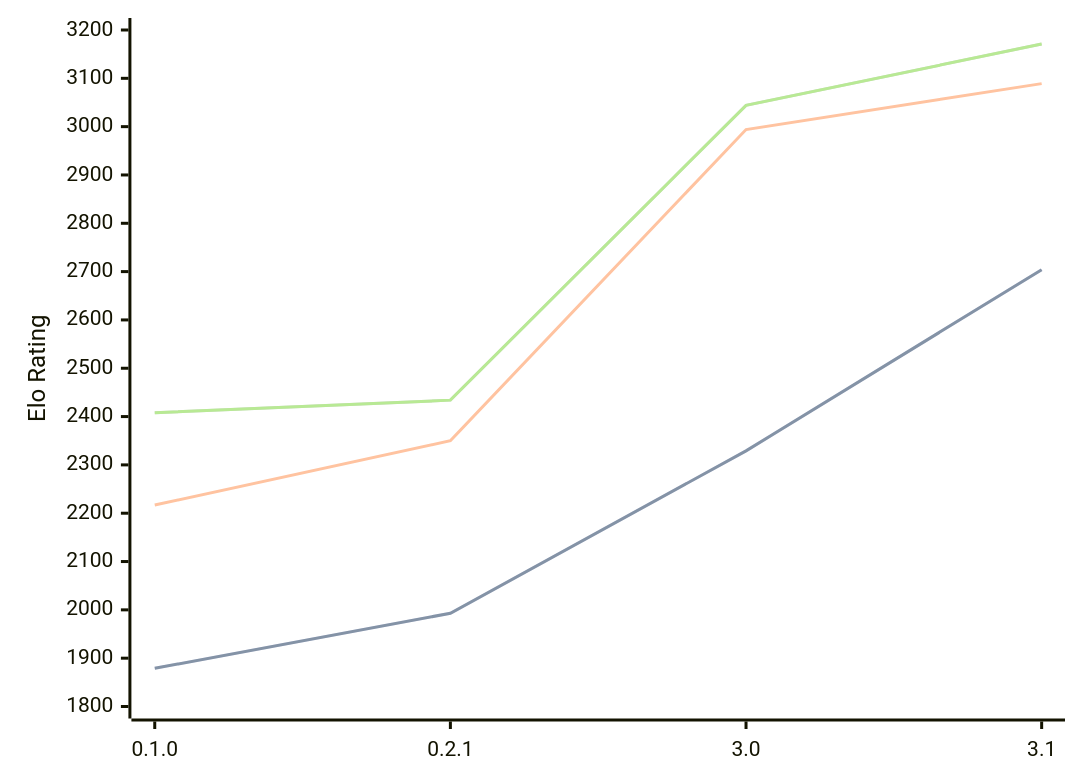
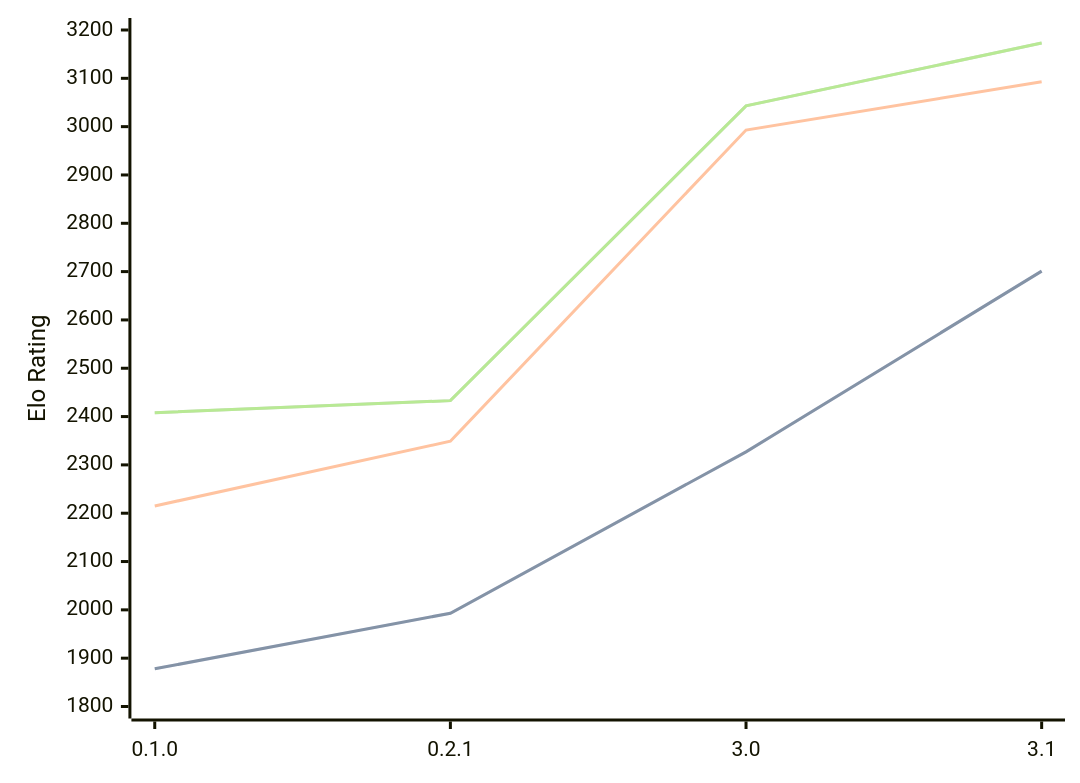
One commit to computer-chess-index/cci changed the diagram in engines/Sykora.md. Above: the diagram before and after it, drawn with Mermaid. The commit also changed other lines of this file, not shown here.

Commit message:
Update CCI Ratings (ELO VLTC) - 2026-08-04

````diff
--- a/engines/Sykora.md
+++ b/engines/Sykora.md
@@ -36,11 +36,11 @@
 ```mermaid
 %%{init: {"theme":"base","themeVariables":{"seriesColors:['#a3a3a3','#222221','#faa371']}}}%%
 xychart-beta
   x-axis ["0.1.0", "0.2.1", "3.0", "3.1"]
   y-axis "Elo Rating" 1800 --> 3200
-  line "STC (8.0+0.08s)" [1879, 1993, 2329, 2704]
-  line "STC (8.0+0.08s)" [1879, 1993, 2329, 2704]
-  line "LTC (60.0+0.60s)" [2217, 2350, 2994, 3089]
-  line "VLTC (2m24s+1.12s)" [2408, 2434, 3044, 3171]
-  line "VLTC (2m24s+1.12s)" [2408, 2434, 3044, 3171]
+  line "STC (8.0+0.08s)" [1878, 1993, 2327, 2701]
+  line "STC (8.0+0.08s)" [1878, 1993, 2327, 2701]
+  line "LTC (60.0+0.60s)" [2215, 2349, 2993, 3093]
+  line "VLTC (2m24s+1.12s)" [2408, 2433, 3043, 3173]
+  line "VLTC (2m24s+1.12s)" [2408, 2433, 3043, 3173]
 ```
````
